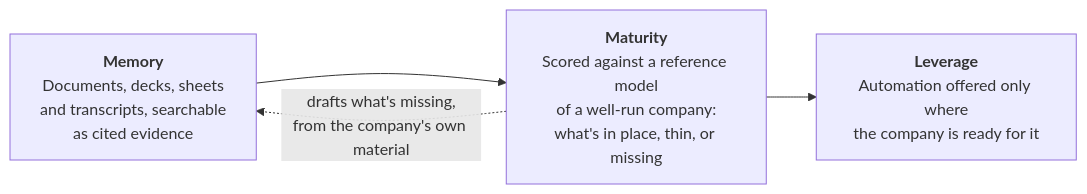
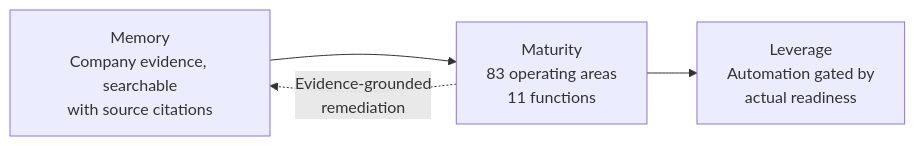
One commit to agshipley/Ladder changed the first of 2 diagrams in README.md. Above: the diagram before and after it, drawn with Mermaid. The commit also changed other lines of this file, not shown here.

````diff
--- a/README.md
+++ b/README.md
@@ -10,8 +9,8 @@
 ```mermaid
 flowchart LR
-    M["<b>Memory</b><br/>Documents, decks, sheets<br/>and transcripts, searchable<br/>as cited evidence"]
-    MA["<b>Maturity</b><br/>Scored against a reference model<br/>of a well-run company:<br/>what's in place, thin, or missing"]
-    L["<b>Leverage</b><br/>Automation offered only where<br/>the company is ready for it"]
-    M --> MA --> L
-    MA -. "drafts what's missing,<br/>from the company's own material" .-> M
+    M["Memory<br/>Company evidence, searchable<br/>with source citations"]
+    D["Maturity<br/>83 operating areas<br/>11 functions"]
+    L["Leverage<br/>Automation gated by<br/>actual readiness"]
+    M --> D --> L
+    D -. "Evidence-grounded<br/>remediation" .-> M
 ```
````
